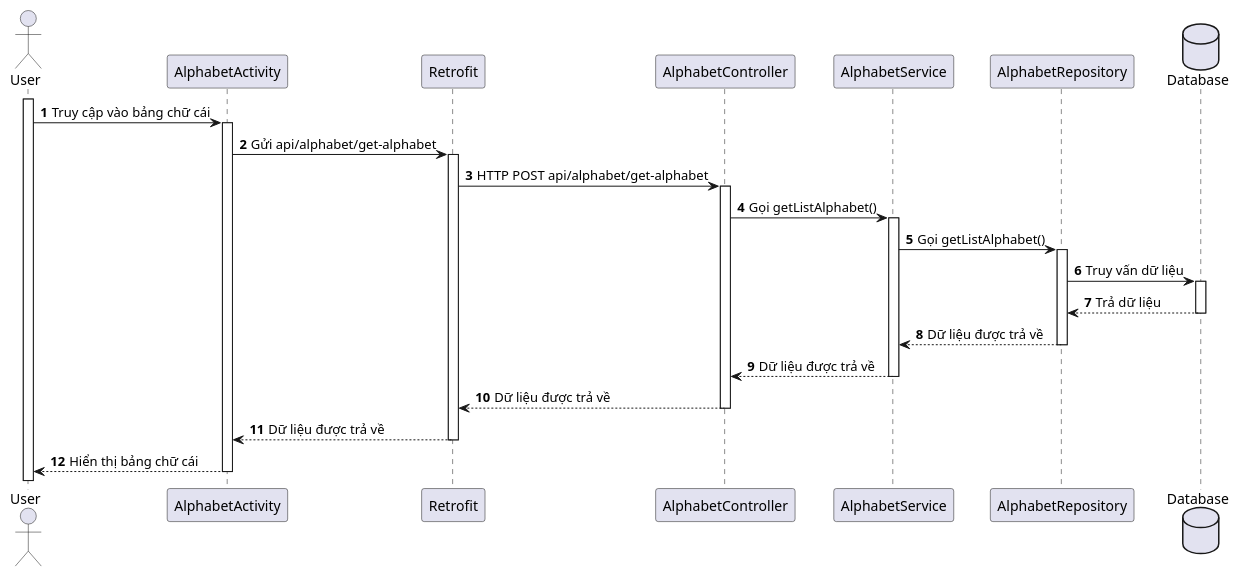
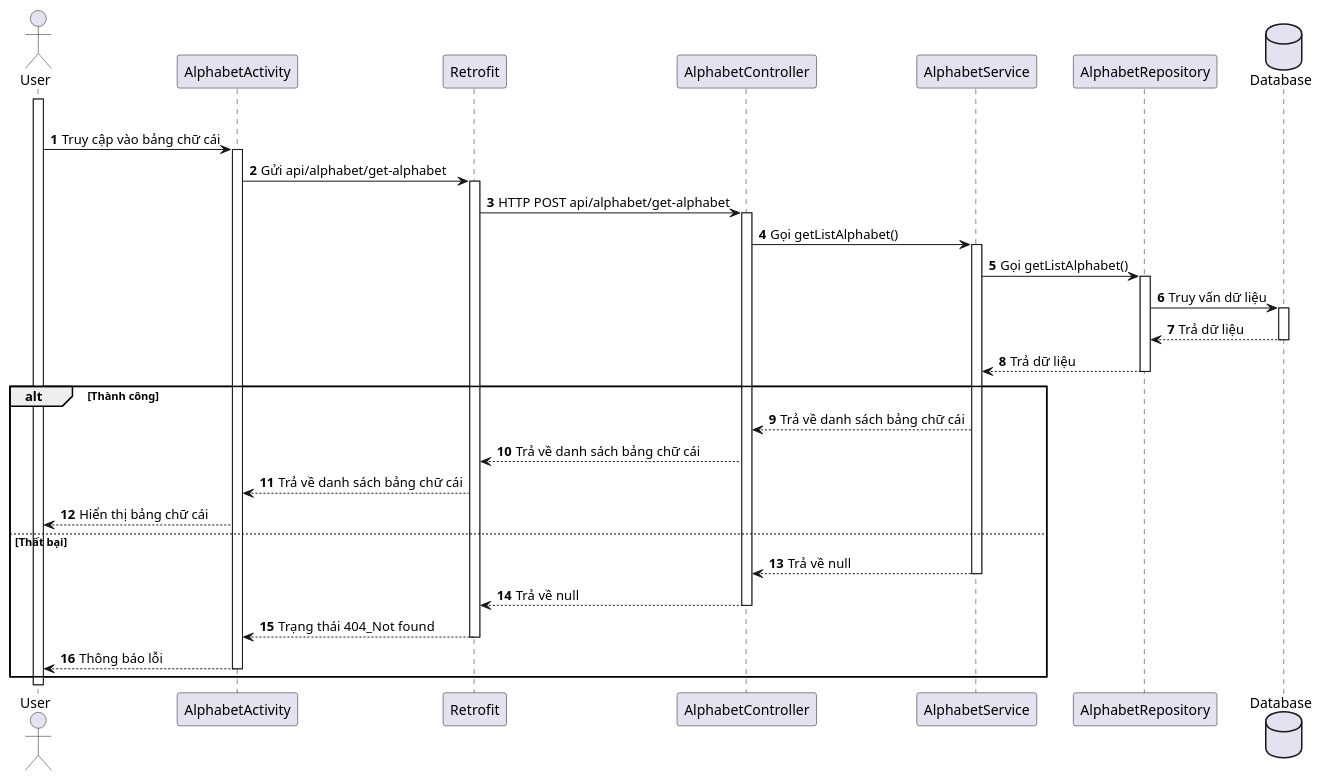
One commit to Annthe160639/japanese-app changed the diagram in japanese-app/plant_uml/Alphabet/[Sequence] Alphabet_List.puml. Above: the diagram before and after it, drawn with PlantUML. The commit also changed 3 other files, not shown here.

```diff
--- a/japanese-app/plant_uml/Alphabet/[Sequence] Alphabet_List.puml
+++ b/japanese-app/plant_uml/Alphabet/[Sequence] Alphabet_List.puml
@@ -1,33 +1,41 @@
 @startuml
 'https://plantuml.com/sequence-diagram
 
 autonumber
 
 actor User
 
 participant "AlphabetActivity" as Alphabet
 participant "Retrofit" as Retrofit
 participant "AlphabetController" as Controller
 participant "AlphabetService" as Service
 participant "AlphabetRepository" as Repo
 
 database Database
 activate User
-
+alt Thành công
 User -> Alphabet++: Truy cập vào bảng chữ cái
 Alphabet -> Retrofit++: Gửi api/alphabet/get-alphabet
 Retrofit -> Controller++: HTTP POST api/alphabet/get-alphabet
 Controller -> Service++: Gọi getListAlphabet()
 Service -> Repo++: Gọi getListAlphabet()
 Repo -> Database++: Truy vấn dữ liệu
+Database-->Repo--: Trả dữ liệu
+Repo-->Service--: Trả dữ liệu
+alt Thành công
 
-Database-->Repo--: Trả dữ liệu
-Repo-->Service--: Dữ liệu được trả về
-Service-->Controller--: Dữ liệu được trả về
-Controller-->Retrofit--: Dữ liệu được trả về
-Retrofit --> Alphabet--: Dữ liệu được trả về
-Alphabet --> User--: Hiển thị bảng chữ cái
+Service-->Controller: Trả về danh sách bảng chữ cái
+Controller-->Retrofit: Trả về danh sách bảng chữ cái
+Retrofit --> Alphabet: Trả về danh sách bảng chữ cái
+Alphabet --> User: Hiển thị bảng chữ cái
 
+else Thất bại
+
+Service-->Controller--: Trả về null
+Controller-->Retrofit--: Trả về null
+Retrofit --> Alphabet--: Trạng thái 404_Not found
+Alphabet --> User--: Thông báo lỗi
+end
 
 
 @enduml
```
